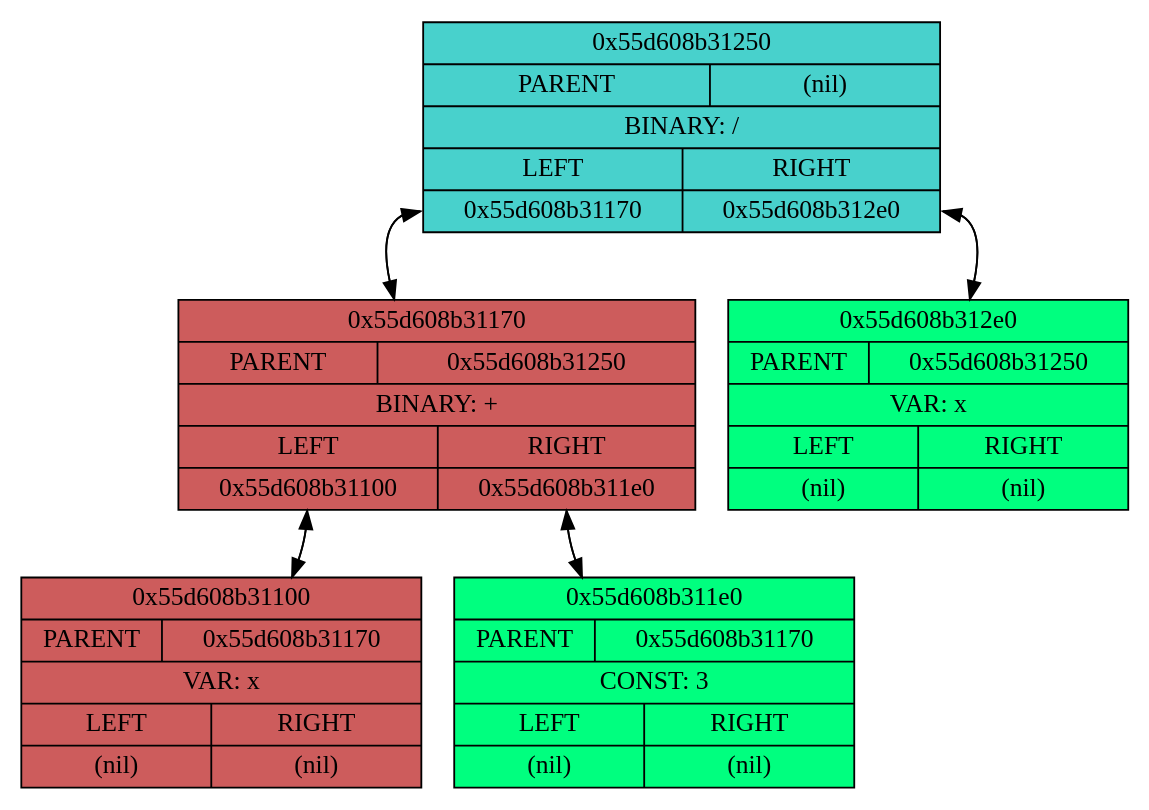
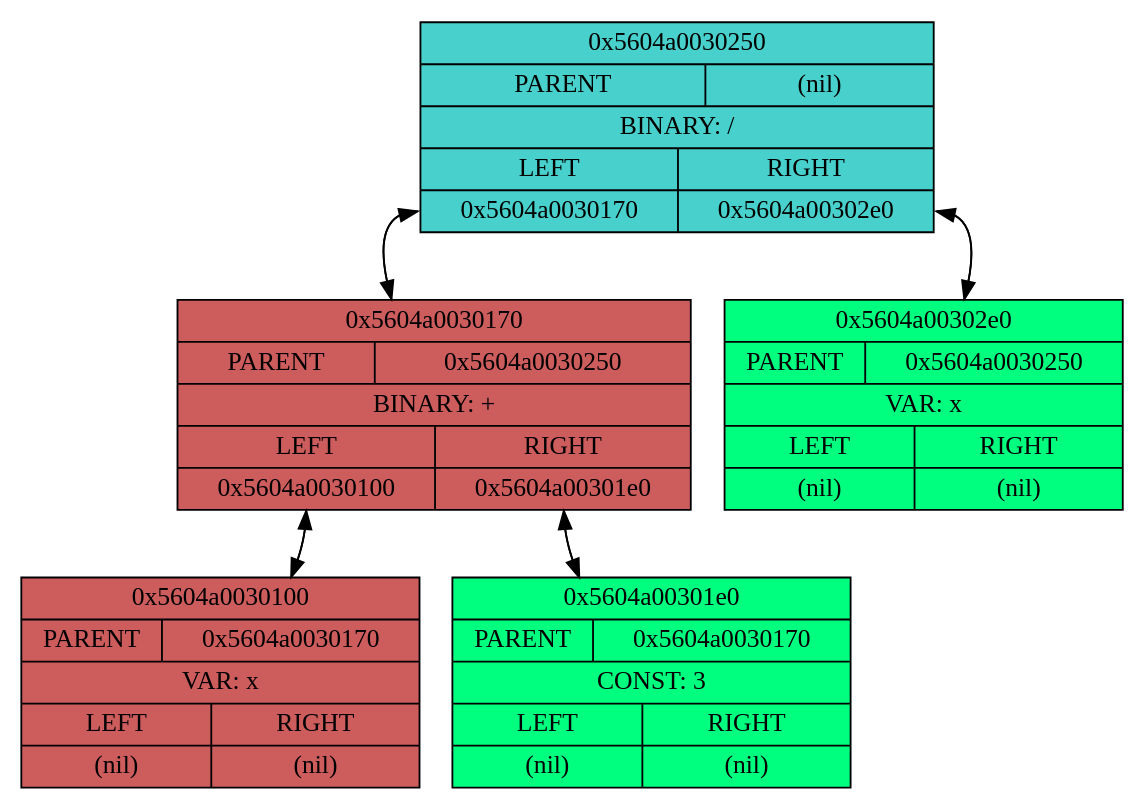
One commit to AlgebraicWolf/Differentiator changed the diagram in cmake-build-debug/dump.dot. Above: the diagram before and after it, drawn with Graphviz. The commit also changed 6 other files, not shown here.

```diff
--- a/cmake-build-debug/dump.dot
+++ b/cmake-build-debug/dump.dot
@@ -1,16 +1,16 @@
 digraph {
 concentrate=true
-node0x55d608b31250[shape=record, label="{0x55d608b31250 | {PARENT|(nil)}| BINARY: / | {{LEFT |<left> 0x55d608b31170} | {RIGHT |<right> 0x55d608b312e0}}}", style=filled, fillcolor=mediumturquoise];
-node0x55d608b31170[shape=record, label="{0x55d608b31170 | {PARENT|0x55d608b31250}| BINARY: + | {{LEFT |<left> 0x55d608b31100} | {RIGHT |<right> 0x55d608b311e0}}}", style=filled, fillcolor=indianred];
-node0x55d608b31170 -> node0x55d608b31250:left;
-node0x55d608b31250:left -> node0x55d608b31170;
-node0x55d608b31100[shape=record, label="{0x55d608b31100 | {PARENT|0x55d608b31170}| VAR: x | {{LEFT |<left> (nil)} | {RIGHT |<right> (nil)}}}", style=filled, fillcolor=indianred];
-node0x55d608b31100 -> node0x55d608b31170:left;
-node0x55d608b31170:left -> node0x55d608b31100;
-node0x55d608b311e0[shape=record, label="{0x55d608b311e0 | {PARENT|0x55d608b31170}| CONST: 3 | {{LEFT |<left> (nil)} | {RIGHT |<right> (nil)}}}", style=filled, fillcolor=springgreen];
-node0x55d608b311e0 -> node0x55d608b31170:right;
-node0x55d608b31170:right -> node0x55d608b311e0;
-node0x55d608b312e0[shape=record, label="{0x55d608b312e0 | {PARENT|0x55d608b31250}| VAR: x | {{LEFT |<left> (nil)} | {RIGHT |<right> (nil)}}}", style=filled, fillcolor=springgreen];
-node0x55d608b312e0 -> node0x55d608b31250:right;
-node0x55d608b31250:right -> node0x55d608b312e0;
+node0x5604a0030250[shape=record, label="{0x5604a0030250 | {PARENT|(nil)}| BINARY: / | {{LEFT |<left> 0x5604a0030170} | {RIGHT |<right> 0x5604a00302e0}}}", style=filled, fillcolor=mediumturquoise];
+node0x5604a0030170[shape=record, label="{0x5604a0030170 | {PARENT|0x5604a0030250}| BINARY: + | {{LEFT |<left> 0x5604a0030100} | {RIGHT |<right> 0x5604a00301e0}}}", style=filled, fillcolor=indianred];
+node0x5604a0030170 -> node0x5604a0030250:left;
+node0x5604a0030250:left -> node0x5604a0030170;
+node0x5604a0030100[shape=record, label="{0x5604a0030100 | {PARENT|0x5604a0030170}| VAR: x | {{LEFT |<left> (nil)} | {RIGHT |<right> (nil)}}}", style=filled, fillcolor=indianred];
+node0x5604a0030100 -> node0x5604a0030170:left;
+node0x5604a0030170:left -> node0x5604a0030100;
+node0x5604a00301e0[shape=record, label="{0x5604a00301e0 | {PARENT|0x5604a0030170}| CONST: 3 | {{LEFT |<left> (nil)} | {RIGHT |<right> (nil)}}}", style=filled, fillcolor=springgreen];
+node0x5604a00301e0 -> node0x5604a0030170:right;
+node0x5604a0030170:right -> node0x5604a00301e0;
+node0x5604a00302e0[shape=record, label="{0x5604a00302e0 | {PARENT|0x5604a0030250}| VAR: x | {{LEFT |<left> (nil)} | {RIGHT |<right> (nil)}}}", style=filled, fillcolor=springgreen];
+node0x5604a00302e0 -> node0x5604a0030250:right;
+node0x5604a0030250:right -> node0x5604a00302e0;
 }
```
